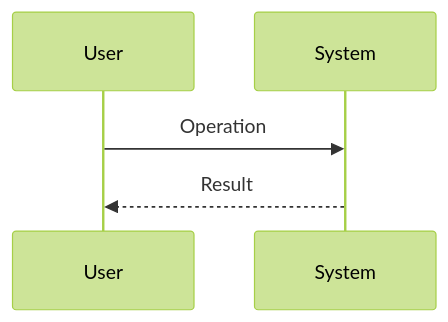
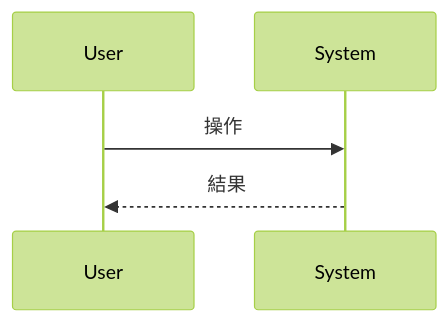
One commit to ToshikiImagawa/Buruma changed the diagram in .sdd/SPECIFICATION_TEMPLATE.md. Above: the diagram before and after it, drawn with Mermaid (forest theme). The commit also changed other lines of this file and 3 other files, not shown here.

````diff
--- a/.sdd/SPECIFICATION_TEMPLATE.md
+++ b/.sdd/SPECIFICATION_TEMPLATE.md
@@ -106,7 +106,7 @@
 ```mermaid
 sequenceDiagram
     participant User
     participant System
-    User ->> System: Operation
-    System -->> User: Result
+    User ->> System: 操作
+    System -->> User: 結果
 ```
````
